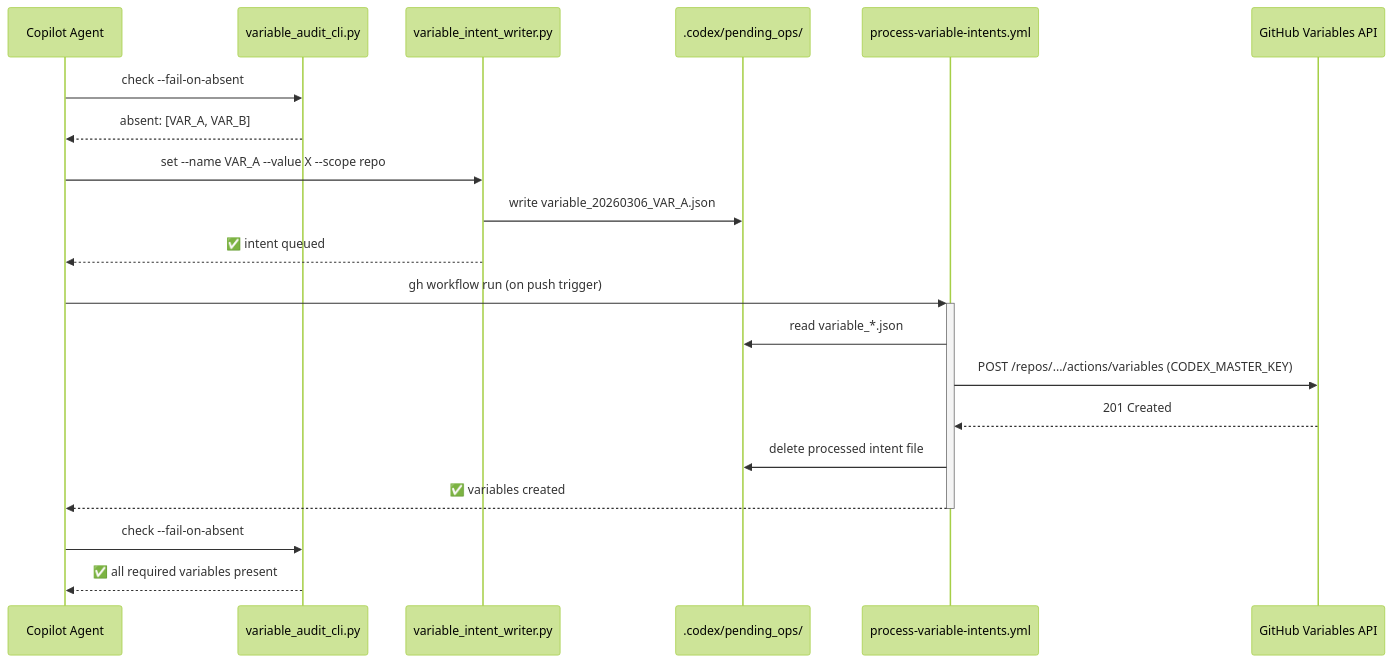
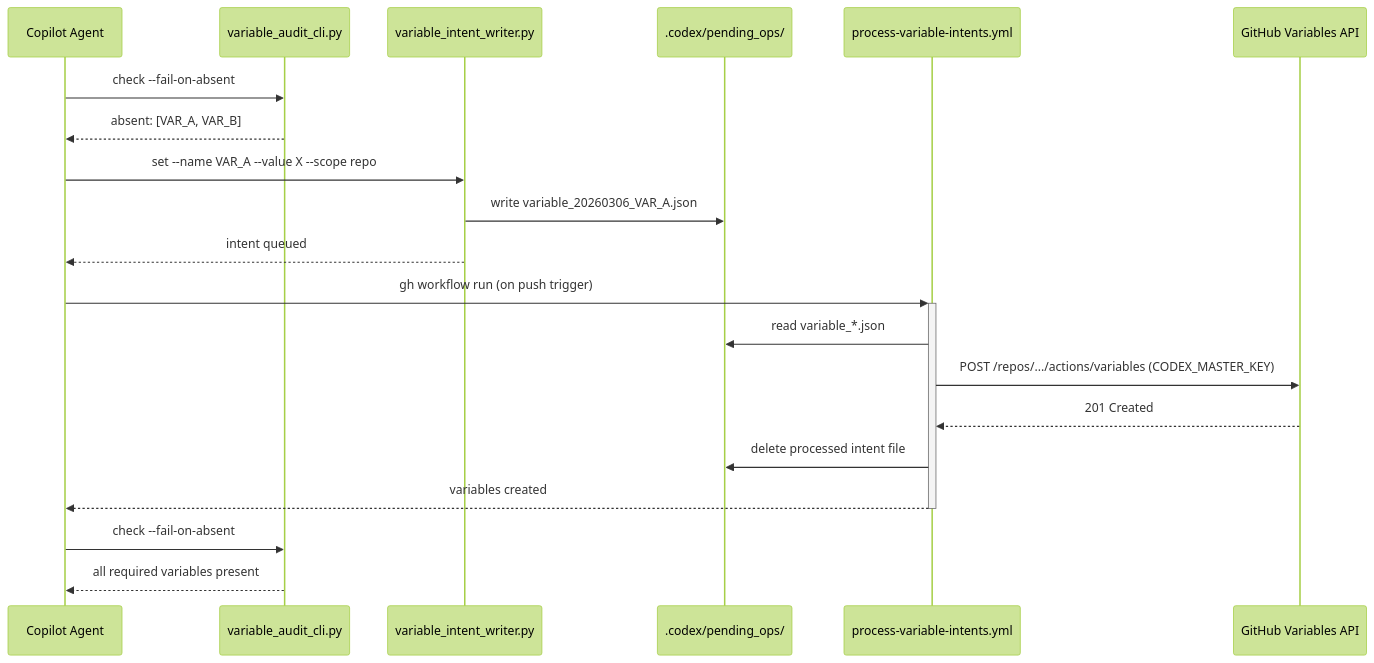
The tenth of 17 diagrams in docs/ops/SAR_METHODOLOGY.md (Aries-Serpent/_codex_), drawn with Mermaid (forest theme) before and after one commit. The commit also changed other lines of this file and 2029 other files, not shown here.

````diff
--- a/docs/ops/SAR_METHODOLOGY.md
+++ b/docs/ops/SAR_METHODOLOGY.md
@@ -395,27 +397,27 @@
 ```mermaid
 %%{init: {'accessibility': {'title': 'Sequence Diagram showing VAR_A, VAR_B'}}%%
 sequenceDiagram
     participant Agent as Copilot Agent
     participant CLI as variable_audit_cli.py
     participant Writer as variable_intent_writer.py
     participant Ops as .codex/pending_ops/
     participant WF as process-variable-intents.yml
     participant GH as GitHub Variables API
 
     Agent->>CLI: check --fail-on-absent
     CLI-->>Agent: absent: [VAR_A, VAR_B]
 
     Agent->>Writer: set --name VAR_A --value X --scope repo
     Writer->>Ops: write variable_20260306_VAR_A.json
-    Writer-->>Agent: ✅ intent queued
+    Writer-->>Agent:  intent queued
 
     Agent->>+WF: gh workflow run (on push trigger)
     WF->>Ops: read variable_*.json
     WF->>GH: POST /repos/.../actions/variables (CODEX_MASTER_KEY)
     GH-->>WF: 201 Created
     WF->>Ops: delete processed intent file
-    WF-->>-Agent: ✅ variables created
+    WF-->>-Agent:  variables created
 
     Agent->>CLI: check --fail-on-absent
-    CLI-->>Agent: ✅ all required variables present
+    CLI-->>Agent:  all required variables present
 ```
````
